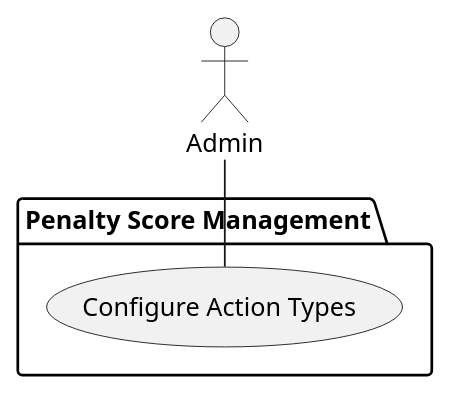
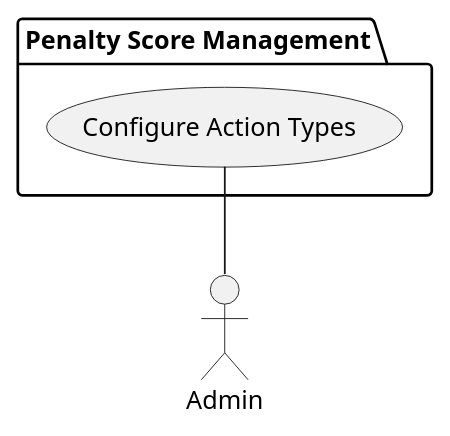
The diagram in Use Cases/ConfigureActionTypes.iuml (bmb0136/COMP-3700-Project), drawn with PlantUML before and after one commit. The commit also changed 13 other files, not shown here.

Commit message:
Fix formatting in main diagram

```diff
--- a/Use Cases/ConfigureActionTypes.iuml
+++ b/Use Cases/ConfigureActionTypes.iuml
@@ -1,7 +1,7 @@
 @startuml Configure Action Types
 package "Penalty Score Management"{
 (Configure Action Types)
 }
 actor :Admin:
-Admin -- (Configure Action Types)
+Admin -up- (Configure Action Types)
 @enduml
```
